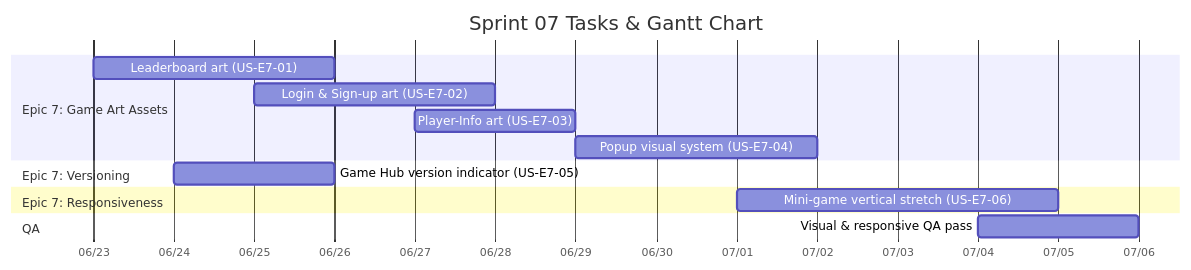
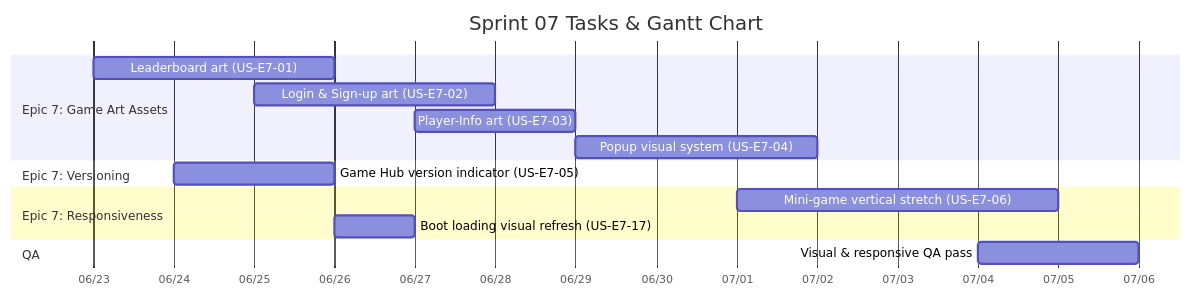
Before and after one commit to ChayutChanmueang/mci-cognitive-game-hub-dev-deploy: the diagram in docs/agile/sprint-backlogs/sprint-07.md, drawn with Mermaid. The commit also changed other lines of this file and 4 other files, not shown here.

Commit message:
docs: add Sprint 7 boot loading visual refresh task

````diff
--- a/docs/agile/sprint-backlogs/sprint-07.md
+++ b/docs/agile/sprint-backlogs/sprint-07.md
@@ -9,17 +9,18 @@
 ```mermaid
 gantt
     title Sprint 07 Tasks & Gantt Chart
     dateFormat  YYYY-MM-DD
     axisFormat  %m/%d
     section Epic 7: Game Art Assets
     Leaderboard art (US-E7-01)        :a1, 2026-06-23, 3d
     Login & Sign-up art (US-E7-02)    :a2, 2026-06-25, 3d
     Player-Info art (US-E7-03)        :a3, 2026-06-27, 2d
     Popup visual system (US-E7-04)    :a4, 2026-06-29, 3d
     section Epic 7: Versioning
     Game Hub version indicator (US-E7-05) :a5, 2026-06-24, 2d
     section Epic 7: Responsiveness
     Mini-game vertical stretch (US-E7-06) :a6, 2026-07-01, 4d
+    Boot loading visual refresh (US-E7-17) :a7, 2026-06-26, 1d
     section QA
     Visual & responsive QA pass        :q1, 2026-07-04, 2d
 ```
````
